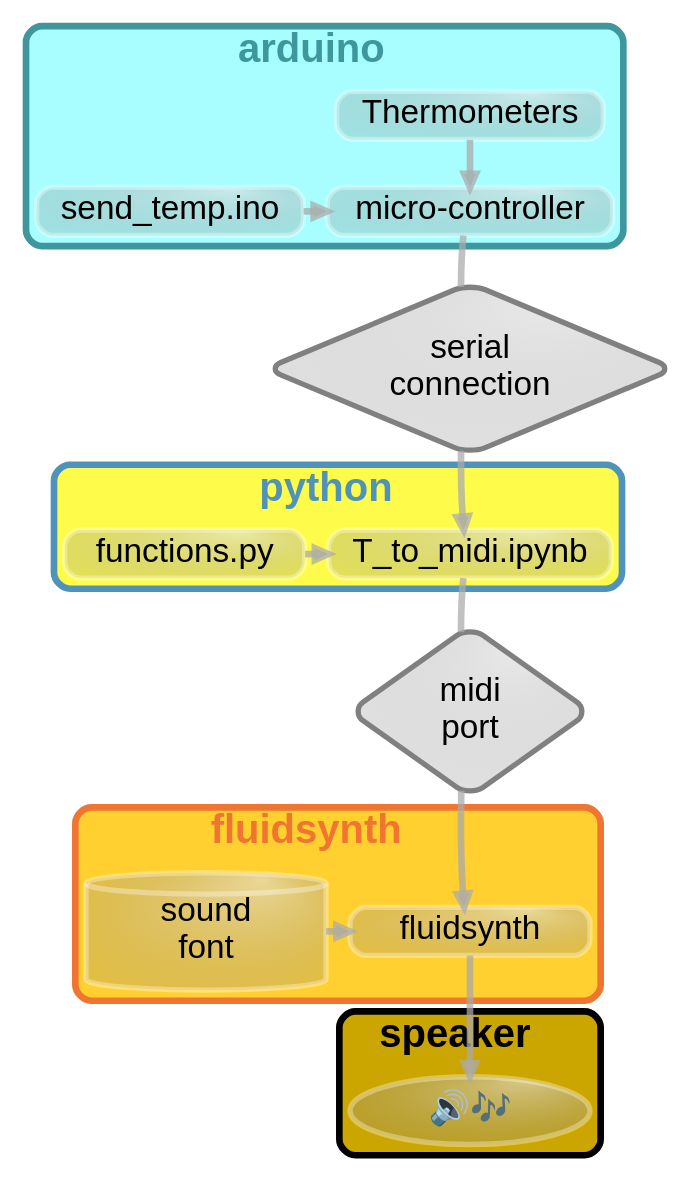
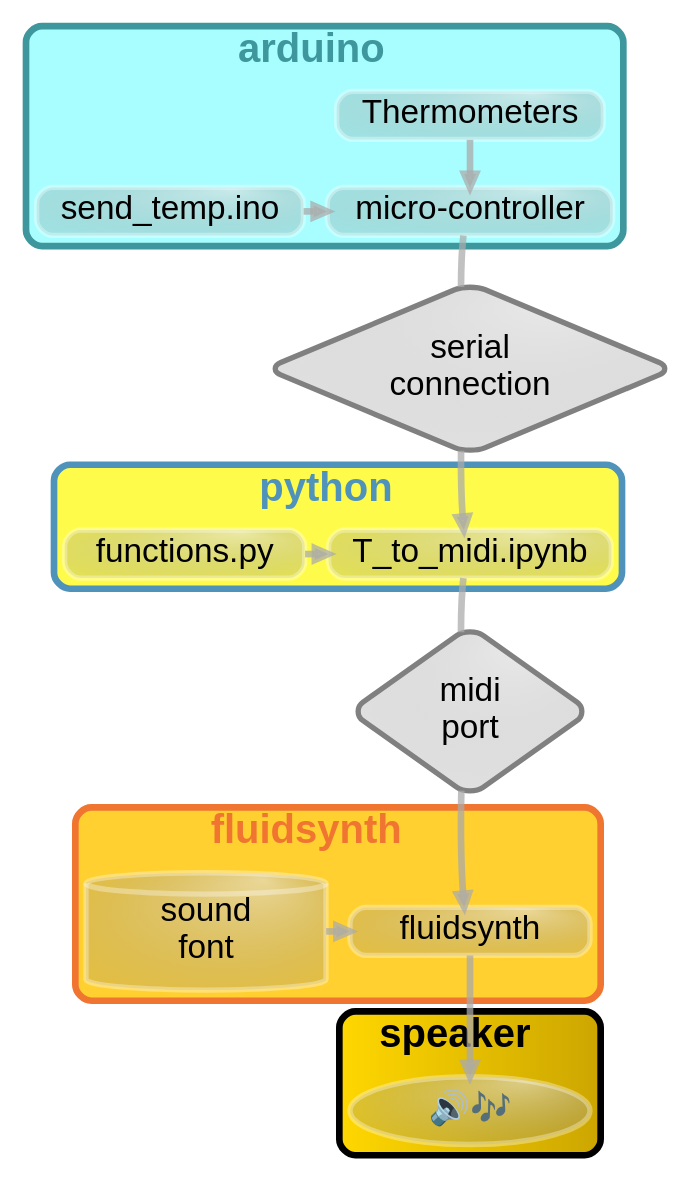
One commit to urswilke/urssblogg changed the diagram in content/post/2020-11-19-synthesizing-temperature-measurements-into-sound/graph_main.gv. Above: the diagram before and after it, drawn with Graphviz. The commit also changed 3 other files, not shown here.

```diff
--- a/content/post/2020-11-19-synthesizing-temperature-measurements-into-sound/graph_main.gv
+++ b/content/post/2020-11-19-synthesizing-temperature-measurements-into-sound/graph_main.gv
@@ -1,151 +1,151 @@
 digraph workflow {
   ranksep=.5;
   graph [
     truecolor=true,
     # the last 2 "00" make it completely transparent here, 
     # thus all that comes before - I don"t care
     bgcolor="#ffffff00",
     fontname = "helvetica",
     #splines=ortho,
     concentrate=true
   ];
   node [
     fontname = "helvetica", 
     style = "rounded,filled,radial", 
     gradientangle=60, 
     fillcolor="#dddddd99:#7777772f", 
     # gradients dont work on observable...:
     # fillcolor="#dddddd99", 
     fontsize=25,
     penwidth=4, 
     color = "#ffffff55",
     width = 2.5
   ];
   edge [
     fontname = "helvetica", 
     penwidth=5, 
     color="#aaaaaabb"
   ];
   penwidth=5;
   style=rounded
 
   subgraph cluster_arduino {
     label = < <B>arduino</B> >;
     bgcolor = "#a8feff";
     color = "#3e979d";
     fontcolor = "#3e979d";
     fontsize = 30;
     Thermometers -> mc;
     sketch -> mc;
     Thermometers [shape=box];
     sketch [
       label = "send_temp.ino", 
       shape=box, 
       URL="https://gitlab.com/urswilke/chaos_machine_code/-/tree/master/arduino/send_temp/send_temp.ino", 
       tooltip = "arduino sketch to read multiple DS18B20 thermometers and then print the information to the serial connection"
     ];
     {rank=same; mc; sketch}
   }
   sc -> python;
   subgraph cluster_main {
     label = < <B>python</B> >;
     bgcolor = "#fffb4b";
     color = "#4f93ba";
     fontcolor = "#4f93ba";
     fontsize = 30;
     penwidth=5;
     #graph[style=dotted];
     "functions.py" [
       shape=box, 
       tooltip = "functions that are imported in the T_to_midi notebook",
       URL = "https://gitlab.com/urswilke/chaos_machine_code/-/tree/master/python/functions.py"
     ]
     python [
       shape=box, 
       tooltip = "python real-time loop to
 * read serial string, extract temperatures
 * calculate temperature differences
 * translate differences to midi notes according to a specified musical scale
 * send the note events to a midi port in real time 
 During the loop the data is recorded in lists and when it has finished the data is written to a midi and csv files. ", 
       label = "T_to_midi.ipynb",
       URL = "https://gitlab.com/urswilke/chaos_machine_code/-/tree/master/python/T_to_midi.ipynb"
     ];
     "functions.py" -> python
     mc [
       shape=box, 
       label="micro-controller",
       tooltip="the micro-controller is connected to the PC via USB",
     ];
     {rank = same; "functions.py" python}
   }
   
 #  subgraph cluster_main_to_R_connectors {
 #    label = "main workflow";
 
 
 #  }
   subgraph cluster_fluidsynth {
     label = <<B>fluidsynth  </B>>;
     fontsize = 30;
     bgcolor = "#ffd030";
     color = "#f07531";
     fontcolor = "#f07531";
     penwidth=5;
     sf2 [shape = cylinder, label = "sound\nfont"];
     fluidsynth [
       shape=box,
       tooltip = "* Fluidsynth can be easily started via the GUI QSynth.\n* An sf2 soundfont file has to be used.\n* A midi port can be synthesized in real time, or\n* A midi file can be rendered to an audio file."
     ];
     sf2 -> fluidsynth;
     {rank=same; fluidsynth sf2}
   }
   
   
   mp -> fluidsynth;
   mc -> sc [
     arrowhead=none, 
     tooltip = "setup serial connection in arduino",
     URL = "https://gitlab.com/urswilke/chaos_machine_code/-/tree/master/arduino/send_temp/send_temp.ino#L24"
   ];
   python -> mp [arrowhead=none];
   sc [
     label="serial\nconnection", 
     color=grey, 
     shape=diamond,
     tooltip = "The serial string sent from the arduino is of the following format:
 S: 1, ID: 40255662332332138251, T: 21.25; S: 2, ID: 402552102282332138209, T: 21.25; S: 3, ID: 402551932392332138119, T: 21.00; S: 4, ID: 4025514153413227192, T: 21.12; S: 5, ID: 402552272422332138169, T: 21.38",
     URL = "https://gitlab.com/urswilke/chaos_machine_code/-/tree/master/python/recorded_data/serial_string.txt"
   ];
   mp [
     label = "midi\nport", 
     shape=diamond, 
     color=grey,
     tooltip = "The midi port to fluidsynth is set up by the python code in T_to_midi.ipynb",
     URL = "https://gitlab.com/urswilke/chaos_machine_code/-/tree/master/python/T_to_midi.ipynb#Setup_fluidsynth_connection"
   ];
   #mc -> sc -> python -> mp -> fluidsynth[ style = invis, weight= 10 ];
   fluidsynth -> speakers
   
   subgraph cluster_speaker {
     label = < <B>speaker</B> >;
     fontsize = 30;
-    # bgcolor="#FFD700:#CCA600";
+    bgcolor="#FFD700:#CCA600";
     # gradients dont work on observable...:
-    bgcolor="#CCA600";
+    # bgcolor="#CCA600";
     speakers [label="🔊🎶"];
   }
   
 
   
   
   mc -> sc [ weight = 100, style=invis]
   sc -> python [
     weight = 100, 
     style=invis,
     tooltip = "setup serial connection in arduino",
     URL = "https://gitlab.com/urswilke/chaos_machine_code/-/tree/master/python/T_to_midi.ipynb#Arduino"
   ]
   python -> mp [ weight = 100, style=invis]
   mp -> fluidsynth [ weight = 100, style=invis]
 }
```
